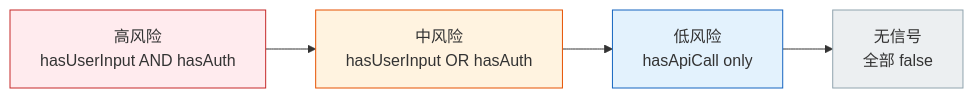
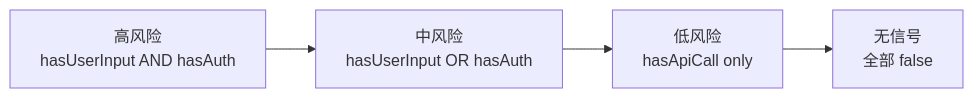
One commit to effiy/YrY changed the fifth of 9 diagrams in skills/rui/ranking.md. Above: the diagram before and after it, drawn with Mermaid. The commit also changed other lines of this file and 61 other files, not shown here.

````diff
--- a/skills/rui/ranking.md
+++ b/skills/rui/ranking.md
@@ -218,11 +209,7 @@
 ```mermaid
 flowchart LR
     HIGH["高风险<br/>hasUserInput AND hasAuth"]:::high --> MED["中风险<br/>hasUserInput OR hasAuth"]:::mid
     MED --> LOW["低风险<br/>hasApiCall only"]:::low
     LOW --> NONE["无信号<br/>全部 false"]:::none
 
-    classDef high fill:#ffebee,stroke:#c62828;
-    classDef mid fill:#fff3e0,stroke:#e65100;
-    classDef low fill:#e3f2fd,stroke:#1565c0;
-    classDef none fill:#eceff1,stroke:#90a4ae;
 ```
````
